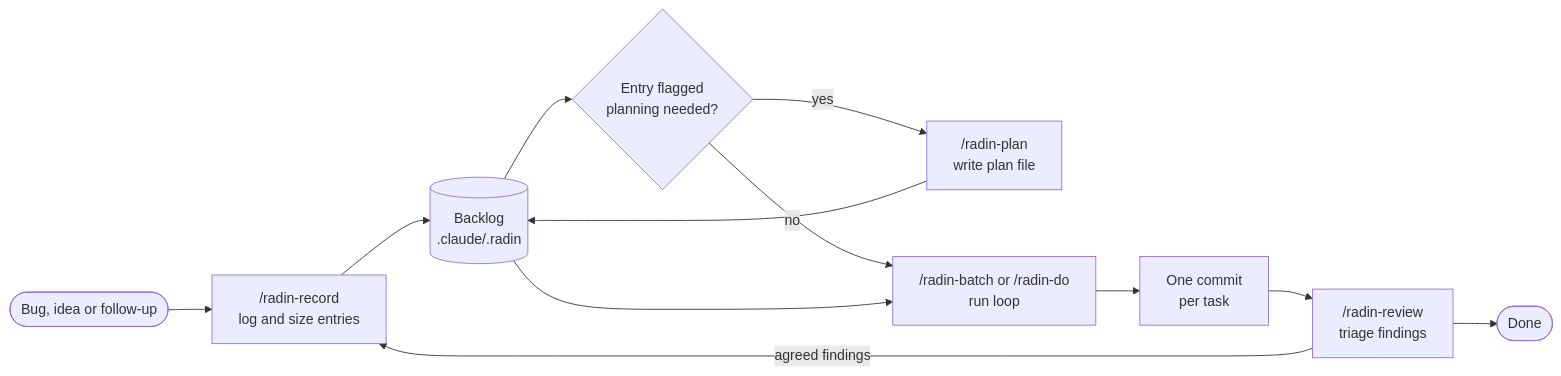
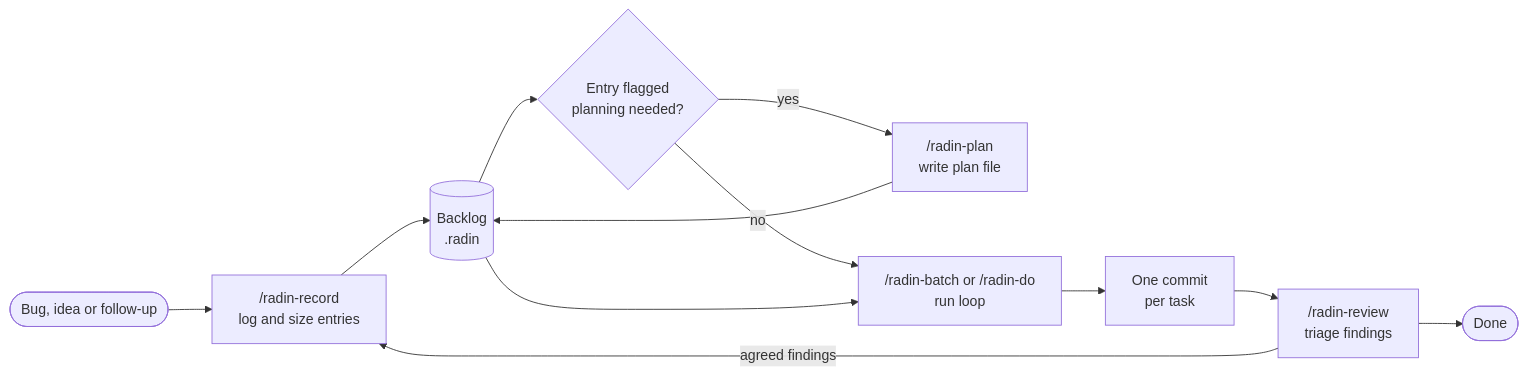
One commit to shortcuts/radin changed the diagram in docs/agents/lifecycle/skills.mmd. Above: the diagram before and after it, drawn with Mermaid. The commit also changed 39 other files, not shown here.

```diff
--- a/docs/agents/lifecycle/skills.mmd
+++ b/docs/agents/lifecycle/skills.mmd
@@ -1,12 +1,12 @@
 flowchart LR
   idea([Bug, idea or follow-up]) --> record["/radin-record<br/>log and size entries"]
-  record --> backlog[(Backlog<br/>.claude/.radin)]
+  record --> backlog[(Backlog<br/>.radin)]
   backlog --> flag{Entry flagged<br/>planning needed?}
   flag -- yes --> plan["/radin-plan<br/>write plan file"]
   plan --> backlog
   flag -- no --> run
   backlog --> run["/radin-batch or /radin-do<br/>run loop"]
   run --> commits[One commit<br/>per task]
   commits --> review["/radin-review<br/>triage findings"]
   review -- agreed findings --> record
   review --> done([Done])
```
